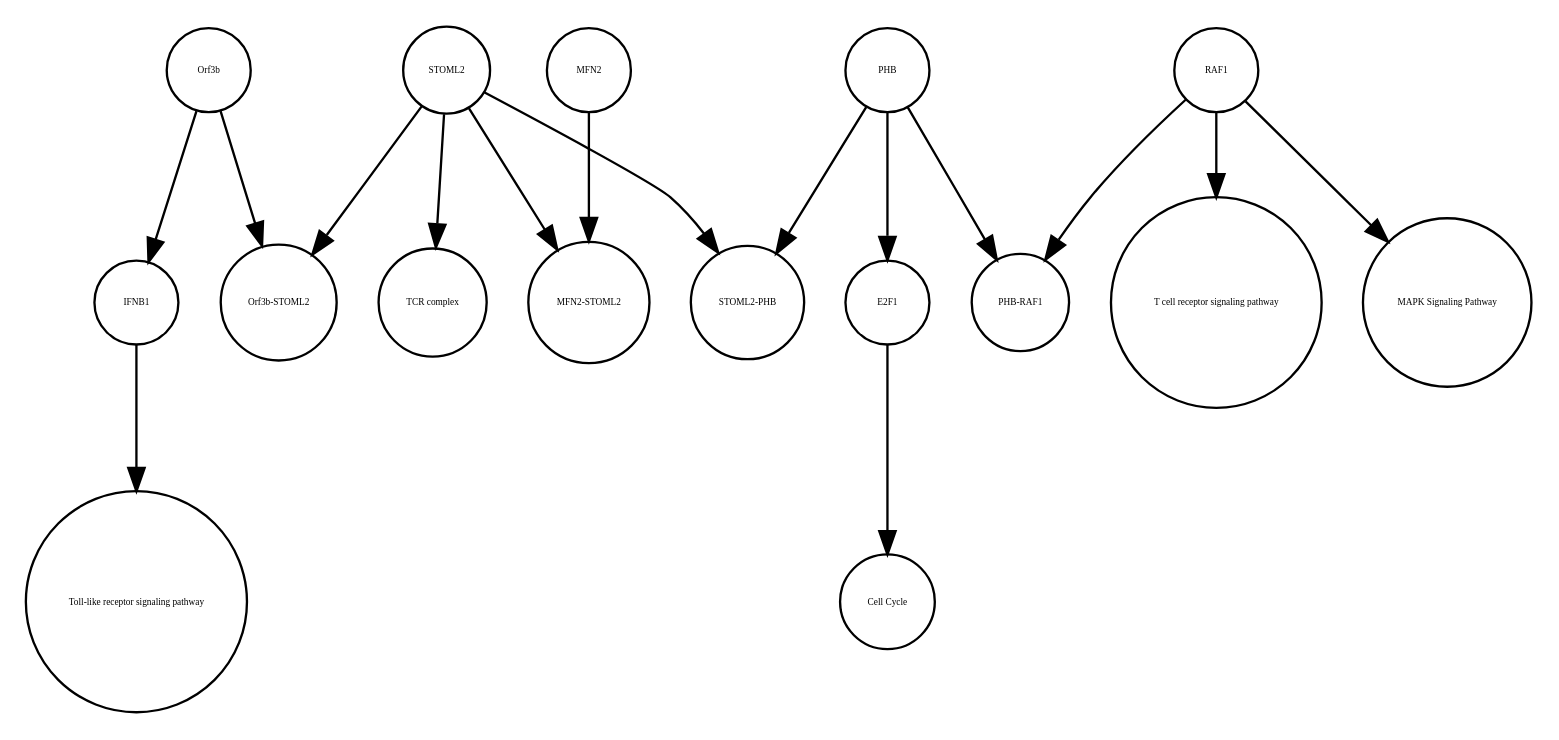
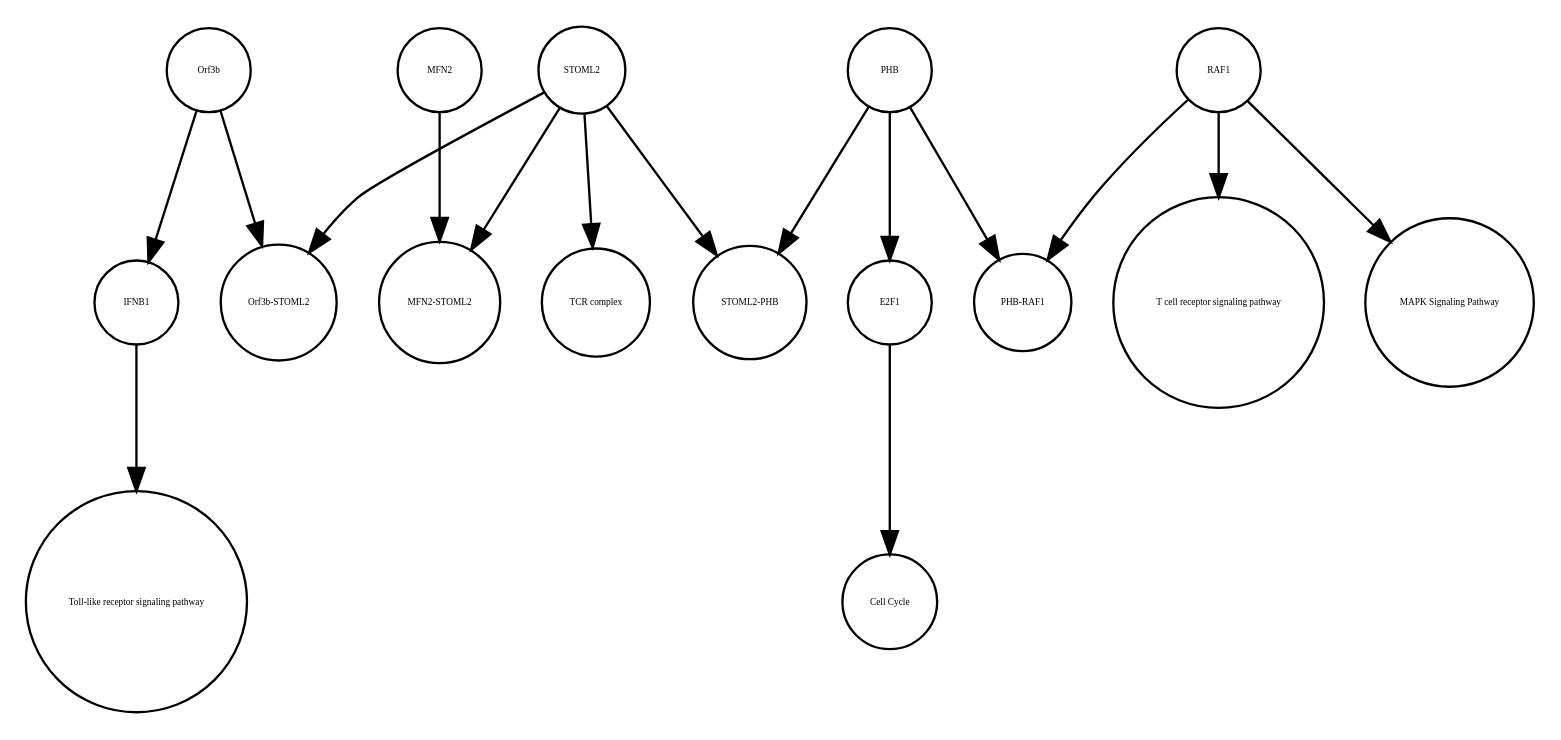
Before and after one commit to cannin/covid19-sbgn: the diagram in Orf3b_0620_2020.xml_projected.dot, drawn with Graphviz. The commit also changed other lines of this file and 563 other files, not shown here.

```diff
--- a/Orf3b_0620_2020.xml_projected.dot
+++ b/Orf3b_0620_2020.xml_projected.dot
@@ -1,33 +1,33 @@
 strict digraph  {
 Orf3b [annotation="", bipartite=0, cls=macromolecule, fontsize=4, label=Orf3b, shape=circle];
 IFNB1 [annotation=urn_miriam_uniprot_P01574, bipartite=0, cls=macromolecule, fontsize=4, label=IFNB1, shape=circle];
 "Toll-like receptor signaling pathway" [annotation="urn_miriam_kegg.pathway_hsa04620", bipartite=0, cls=phenotype, fontsize=4, label="Toll-like receptor signaling pathway", shape=circle];
 PHB [annotation=urn_miriam_uniprot_P35232, bipartite=0, cls=macromolecule, fontsize=4, label=PHB, shape=circle];
 E2F1 [annotation=urn_miriam_uniprot_Q01094, bipartite=0, cls=macromolecule, fontsize=4, label=E2F1, shape=circle];
 "Cell Cycle" [annotation="urn_miriam_kegg.pathway_hsa04110", bipartite=0, cls=phenotype, fontsize=4, label="Cell Cycle", shape=circle];
 RAF1 [annotation=urn_miriam_uniprot_P04049, bipartite=0, cls=macromolecule, fontsize=4, label=RAF1, shape=circle];
 "MAPK Signaling Pathway" [annotation="urn_miriam_kegg.pathway_hsa04010", bipartite=0, cls=phenotype, fontsize=4, label="MAPK Signaling Pathway", shape=circle];
 "T cell receptor signaling pathway" [annotation="urn_miriam_kegg.pathway_hsa04660", bipartite=0, cls=phenotype, fontsize=4, label="T cell receptor signaling pathway", shape=circle];
-"TCR complex" [annotation="urn_miriam_uniprot_P07766|urn_miriam_uniprot_P04234|urn_miriam_uniprot_P09693|urn_miriam_uniprot_P20963|urn_miriam_uniprot_P01848|urn_miriam_uniprot_Q9UJZ1|urn_miriam_uniprot_P0DSE2", bipartite=0, cls=complex, fontsize=4, label="TCR complex", shape=circle];
+"MFN2-STOML2" [annotation="", bipartite=0, cls=complex, fontsize=4, label="MFN2-STOML2", shape=circle];
 STOML2 [annotation=urn_miriam_pubmed_18641330, bipartite=0, cls="macromolecule multimer", fontsize=4, label=STOML2, shape=circle];
-"MFN2-STOML2" [annotation="", bipartite=0, cls=complex, fontsize=4, label="MFN2-STOML2", shape=circle];
-MFN2 [annotation=urn_miriam_uniprot_O95140, bipartite=0, cls=macromolecule, fontsize=4, label=MFN2, shape=circle];
-"PHB-RAF1" [annotation="", bipartite=0, cls=complex, fontsize=4, label="PHB-RAF1", shape=circle];
 "STOML2-PHB" [annotation="", bipartite=0, cls=complex, fontsize=4, label="STOML2-PHB", shape=circle];
 "Orf3b-STOML2" [annotation="", bipartite=0, cls=complex, fontsize=4, label="Orf3b-STOML2", shape=circle];
+"PHB-RAF1" [annotation="", bipartite=0, cls=complex, fontsize=4, label="PHB-RAF1", shape=circle];
+"TCR complex" [annotation="urn_miriam_uniprot_P07766|urn_miriam_uniprot_P04234|urn_miriam_uniprot_P09693|urn_miriam_uniprot_P20963|urn_miriam_uniprot_P01848|urn_miriam_uniprot_Q9UJZ1|urn_miriam_uniprot_P0DSE2", bipartite=0, cls=complex, fontsize=4, label="TCR complex", shape=circle];
+MFN2 [annotation=urn_miriam_uniprot_O95140, bipartite=0, cls=macromolecule, fontsize=4, label=MFN2, shape=circle];
 Orf3b -> IFNB1  [annotation="", interaction_type=inhibition];
 Orf3b -> "Orf3b-STOML2"  [annotation="", interaction_type=production];
 IFNB1 -> "Toll-like receptor signaling pathway"  [annotation="", interaction_type=stimulation];
 PHB -> E2F1  [annotation="", interaction_type=inhibition];
 PHB -> "PHB-RAF1"  [annotation="", interaction_type=production];
 PHB -> "STOML2-PHB"  [annotation="", interaction_type=production];
 E2F1 -> "Cell Cycle"  [annotation="", interaction_type=stimulation];
 RAF1 -> "MAPK Signaling Pathway"  [annotation="", interaction_type=stimulation];
 RAF1 -> "T cell receptor signaling pathway"  [annotation="", interaction_type=stimulation];
 RAF1 -> "PHB-RAF1"  [annotation="", interaction_type=production];
 STOML2 -> "Orf3b-STOML2"  [annotation="", interaction_type=production];
 STOML2 -> "MFN2-STOML2"  [annotation="", interaction_type=production];
 STOML2 -> "STOML2-PHB"  [annotation="", interaction_type=production];
 STOML2 -> "TCR complex"  [annotation="", interaction_type=production];
 MFN2 -> "MFN2-STOML2"  [annotation="", interaction_type=production];
 }
```
